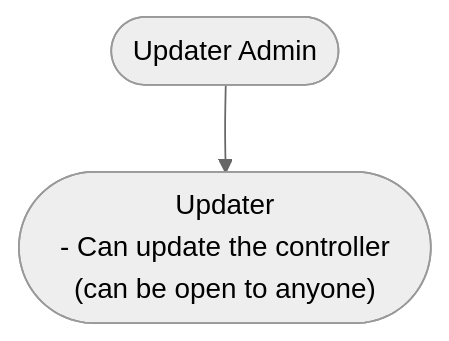
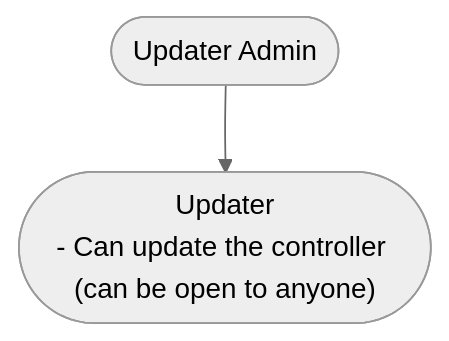
The third of 3 diagrams in content/prudentia/controllers/pid-controller.mdx (adrastia-oracle/adrastia-docs), drawn with Mermaid (neutral theme) before and after one commit. The commit also changed other lines of this file, not shown here.

Commit message:
Fix lists in Mermaid diagrams

````diff
--- a/content/prudentia/controllers/pid-controller.mdx
+++ b/content/prudentia/controllers/pid-controller.mdx
@@ -101,4 +101,4 @@
 ```mermaid
 flowchart TB
-    D(["Updater Admin"]) --> E(["Updater\n - Can update the controller (can be open to anyone)"])
+    D(["Updater Admin"]) --> E(["Updater<br>- Can update the controller (can be open to anyone)"])
 ```
````
